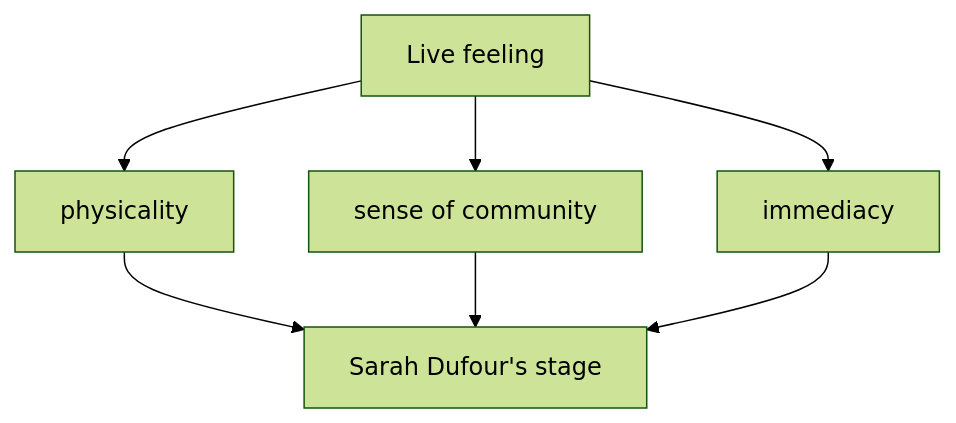
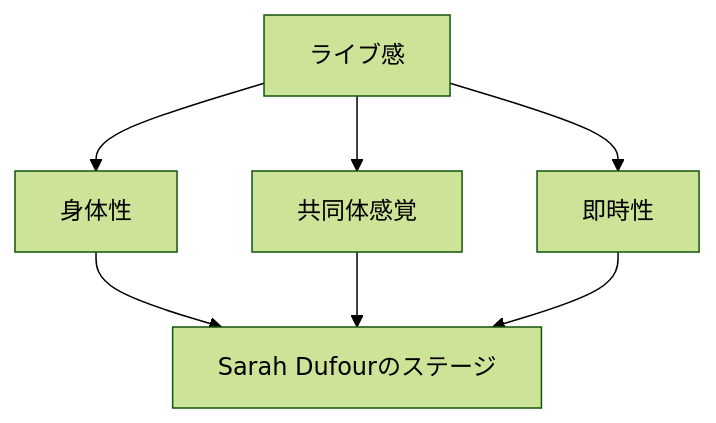
One commit to monumental-movement/monumental-movement.github.io changed the fifth of 9 diagrams in en/_posts/2026-05-09-column-sarah-dufour.md. Above: the diagram before and after it, drawn with Mermaid (forest theme). The commit also changed other lines of this file and 2196 other files, not shown here.

```diff
--- a/en/_posts/2026-05-09-column-sarah-dufour.md
+++ b/en/_posts/2026-05-09-column-sarah-dufour.md
@@ -220,10 +220,10 @@
 <div class="mermaid">
 graph TD
-A[Live feeling] --> B[physicality]
-A --> C[sense of community]
-A --> D[immediacy]
+A[ライブ感] --> B[身体性]
+A --> C[共同体感覚]
+A --> D[即時性]
 
-B --> E[Sarah Dufour's stage]
+B --> E[Sarah Dufourのステージ]
 C --> E
 D --> E
 </div>
```
